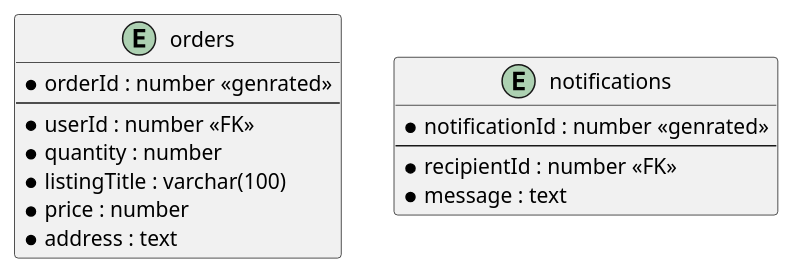
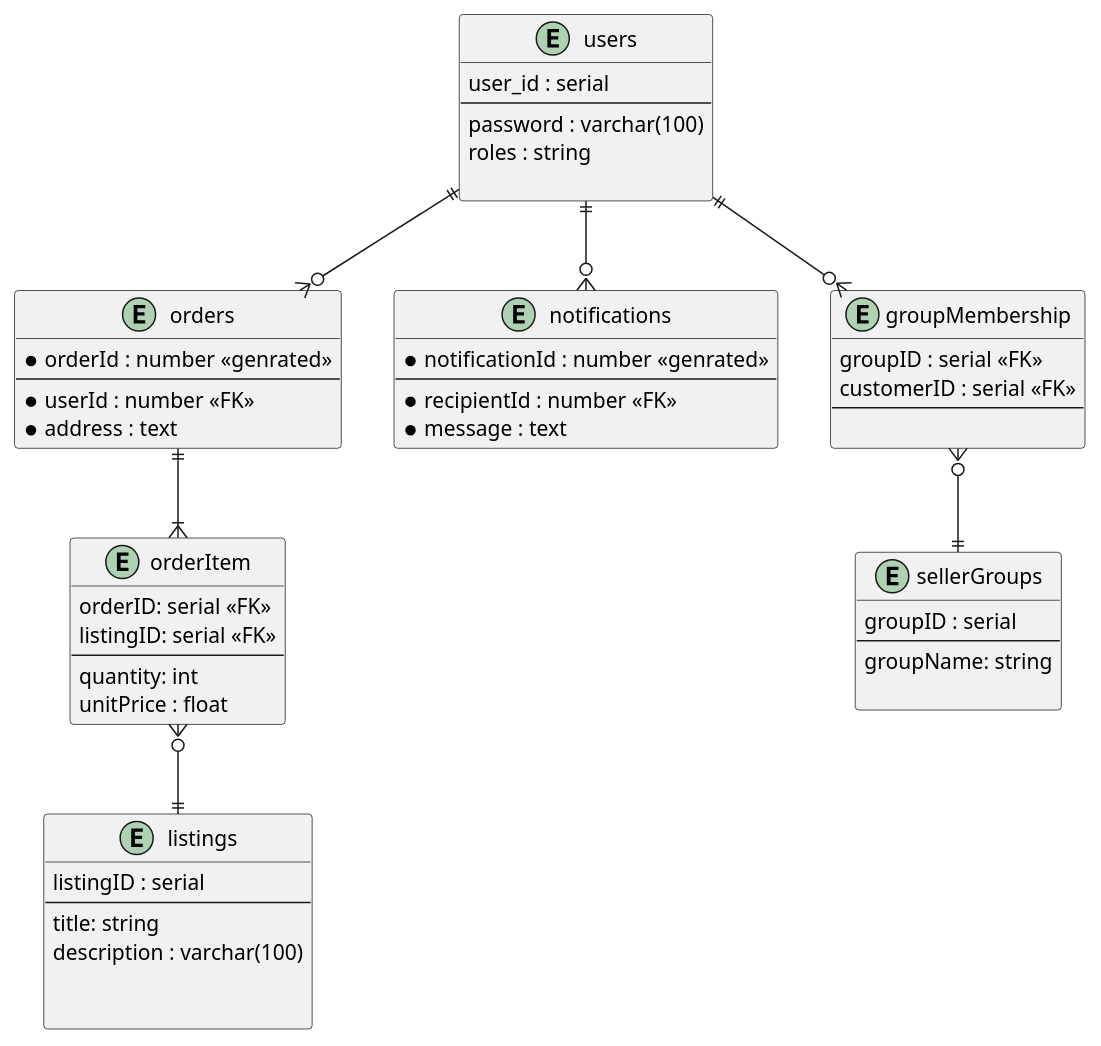
Before and after one commit to SWEN900072022/TeamZeroMarketPlaceBackEnd: the diagram in docs/part2/erDiagram.plantuml, drawn with PlantUML.

Commit message:
added users, listing and seller groups

```diff
--- a/docs/part2/erDiagram.plantuml
+++ b/docs/part2/erDiagram.plantuml
@@ -1,18 +1,63 @@
 @startuml
 entity orders {
     *orderId : number <<genrated>>
     --
     *userId : number <<FK>>
-    *quantity : number
-    *listingTitle : varchar(100)
-    *price : number
     *address : text
+}
+
+entity orderItem{
+    orderID: serial <<FK>>
+    listingID: serial <<FK>>
+    --
+    quantity: int
+    unitPrice : float
 }
 
 entity notifications {
     *notificationId : number <<genrated>>
     --
     *recipientId : number <<FK>>
     *message : text
 }
-@enduml
+
+
+entity users{
+    user_id : serial
+    --
+    password : varchar(100)
+    roles : string
+
+}
+
+entity listings{
+    listingID : serial
+    --
+    title: string 
+    description : varchar(100)
+
+
+}
+
+entity sellerGroups{
+    groupID : serial
+    --
+    groupName: string
+
+}
+
+entity groupMembership{
+    groupID : serial <<FK>>
+    customerID : serial <<FK>>
+    --
+    
+}
+users ||--o{ orders
+users ||--o{ groupMembership
+
+orders ||--|{orderItem
+orderItem }o--||listings
+groupMembership }o--|| sellerGroups
+users ||--o{notifications
+
+@enduml 
```
